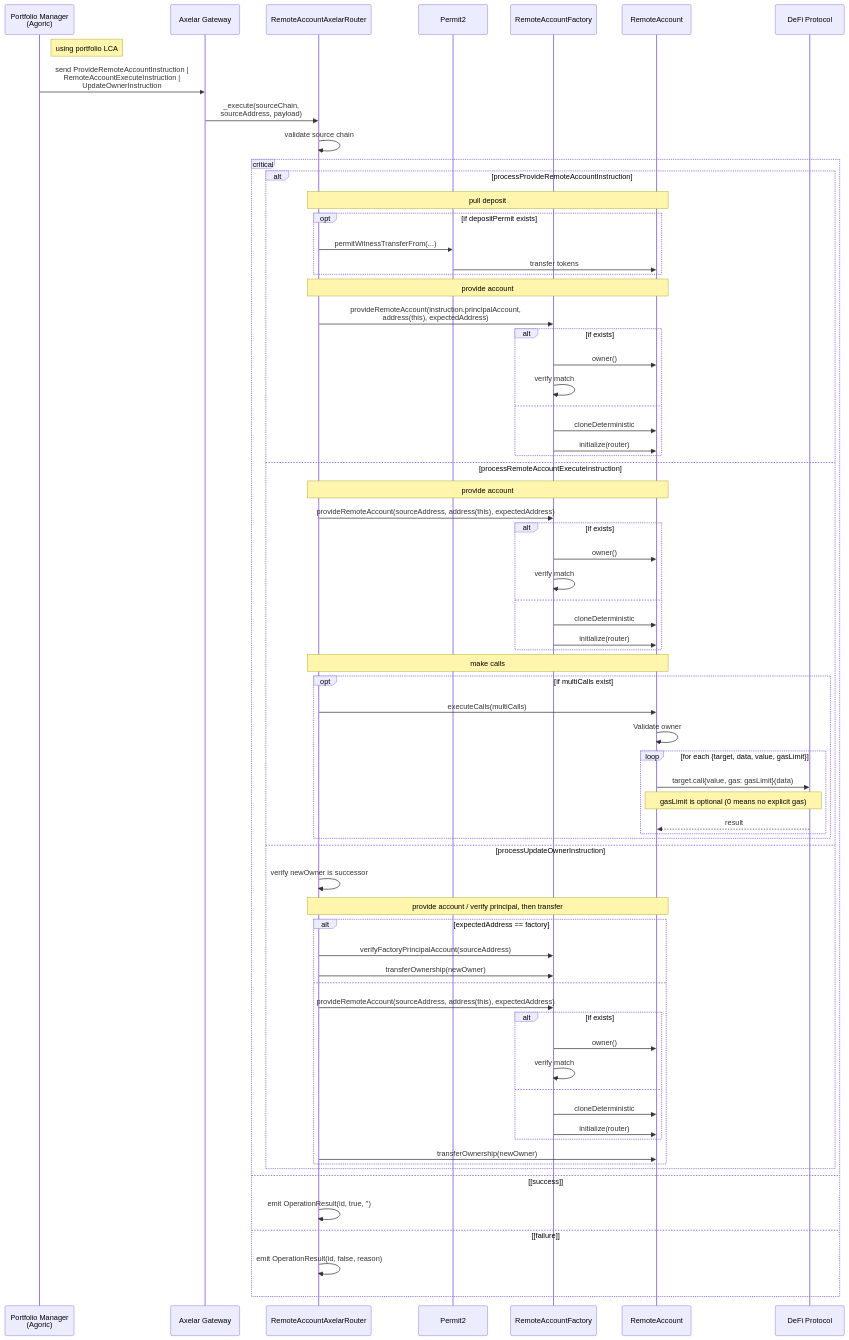
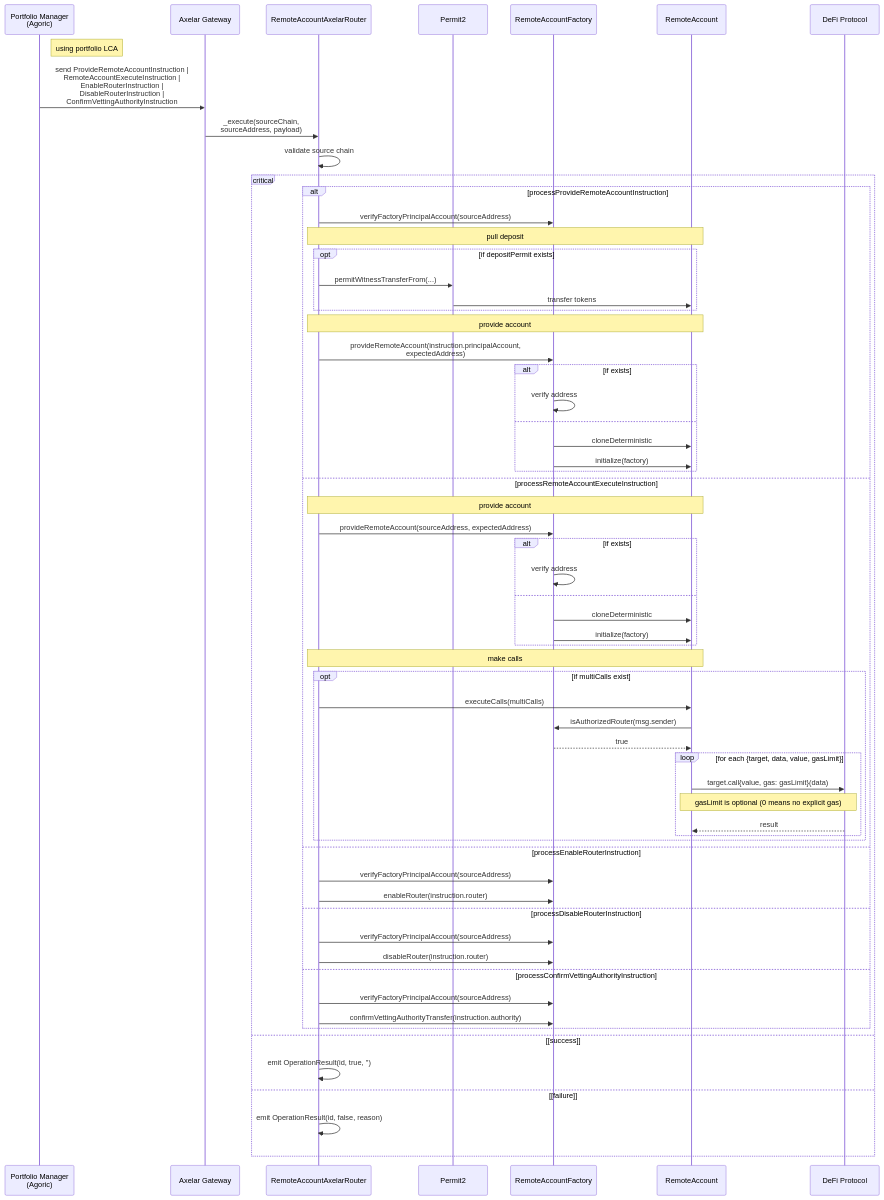
One commit to agoric-labs/agoric-to-axelar-local changed the seventh of 9 diagrams in packages/axelar-local-dev-cosmos/src/contracts/design.md. Above: the diagram before and after it, drawn with Mermaid. The commit also changed other lines of this file, not shown here.

````diff
--- a/packages/axelar-local-dev-cosmos/src/contracts/design.md
+++ b/packages/axelar-local-dev-cosmos/src/contracts/design.md
@@ -410,79 +467,71 @@
 ```mermaid
 sequenceDiagram
     participant PM as Portfolio Manager<br/>(Agoric)
     participant AXL as Axelar Gateway
     participant PR as RemoteAccountAxelarRouter
     participant P2 as Permit2
     participant RAF as RemoteAccountFactory
     participant RA as RemoteAccount
     participant DEFI as DeFi Protocol
 
     Note right of PM: using portfolio LCA
-    PM->>AXL: send ProvideRemoteAccountInstruction |<br>RemoteAccountExecuteInstruction |<br>UpdateOwnerInstruction
+    PM->>AXL: send ProvideRemoteAccountInstruction |<br>RemoteAccountExecuteInstruction |<br>EnableRouterInstruction |<br>DisableRouterInstruction |<br>ConfirmVettingAuthorityInstruction
     AXL->>PR: _execute(sourceChain,<br>sourceAddress, payload)
 
     PR->>PR: validate source chain
 
     critical
         alt processProvideRemoteAccountInstruction
+            PR->>RAF: verifyFactoryPrincipalAccount(sourceAddress)
+
             Note over PR,RA: pull deposit
             opt if depositPermit exists
                 PR->>P2: permitWitnessTransferFrom(...)
                 P2->>RA: transfer tokens
             end
 
             Note over PR,RA: provide account
-            PR->>RAF: provideRemoteAccount(instruction.principalAccount,<br> address(this), expectedAddress)
+            PR->>RAF: provideRemoteAccount(instruction.principalAccount,<br> expectedAddress)
             alt if exists
-                RAF->>RA: owner()
-                RAF->>RAF: verify match
+                RAF->>RAF: verify address
             else
                 RAF->>RA: cloneDeterministic
-                RAF->>RA: initialize(router)
+                RAF->>RA: initialize(factory)
             end
         else processRemoteAccountExecuteInstruction
             Note over PR,RA: provide account
-            PR->>RAF: provideRemoteAccount(sourceAddress, address(this), expectedAddress)
+            PR->>RAF: provideRemoteAccount(sourceAddress, expectedAddress)
             alt if exists
-                RAF->>RA: owner()
-                RAF->>RAF: verify match
+                RAF->>RAF: verify address
             else
                 RAF->>RA: cloneDeterministic
-                RAF->>RA: initialize(router)
+                RAF->>RA: initialize(factory)
             end
 
             Note over PR,RA: make calls
             opt if multiCalls exist
                 PR->>RA: executeCalls(multiCalls)
-                RA->>RA: Validate owner
+                RA->>RAF: isAuthorizedRouter(msg.sender)
+                RAF-->>RA: true
                 loop for each {target, data, value, gasLimit}
                     RA->>DEFI: target.call{value, gas: gasLimit}(data)
                     Note over RA,DEFI: gasLimit is optional (0 means no explicit gas)
                     DEFI-->>RA: result
                 end
             end
-        else processUpdateOwnerInstruction
-            PR->>PR: verify newOwner is successor
-
-            Note over PR,RA: provide account / verify principal, then transfer
-            alt expectedAddress == factory
-                PR->>RAF: verifyFactoryPrincipalAccount(sourceAddress)
-                PR->>RAF: transferOwnership(newOwner)
-            else
-                PR->>RAF: provideRemoteAccount(sourceAddress, address(this), expectedAddress)
-                alt if exists
-                    RAF->>RA: owner()
-                    RAF->>RAF: verify match
-                else
-                    RAF->>RA: cloneDeterministic
-                    RAF->>RA: initialize(router)
-                end
-                PR->>RA: transferOwnership(newOwner)
-            end
+        else processEnableRouterInstruction
+            PR->>RAF: verifyFactoryPrincipalAccount(sourceAddress)
+            PR->>RAF: enableRouter(instruction.router)
+        else processDisableRouterInstruction
+            PR->>RAF: verifyFactoryPrincipalAccount(sourceAddress)
+            PR->>RAF: disableRouter(instruction.router)
+        else processConfirmVettingAuthorityInstruction
+            PR->>RAF: verifyFactoryPrincipalAccount(sourceAddress)
+            PR->>RAF: confirmVettingAuthorityTransfer(instruction.authority)
         end
     option [success]
         PR->>PR: emit OperationResult(id, true, '')
     option [failure]
         PR->>PR: emit OperationResult(id, false, reason)
     end
 ```
````
